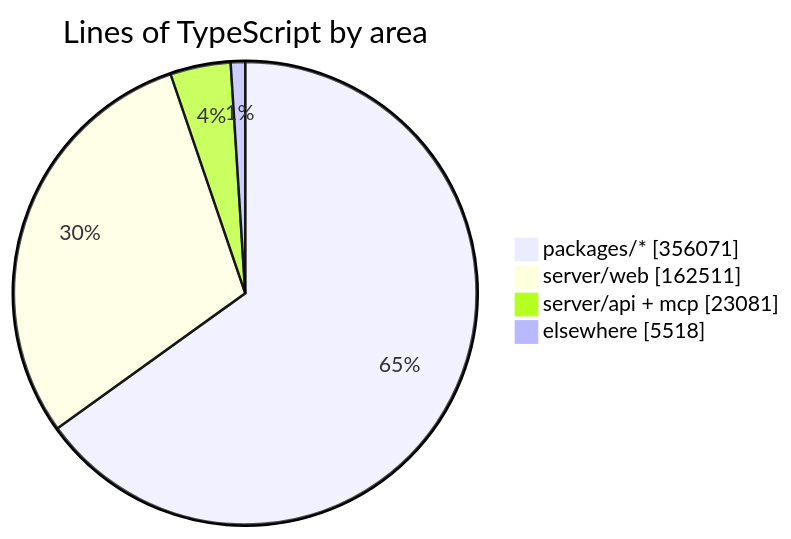
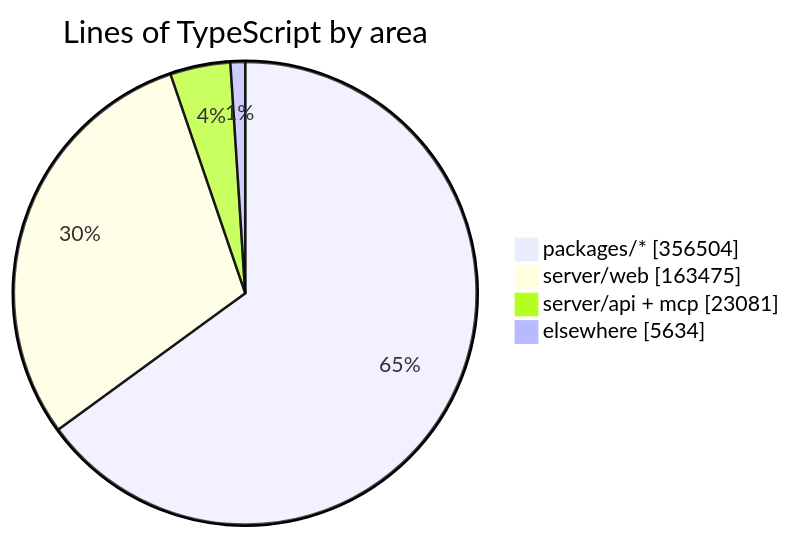
The diagram in README.md (crossworks-engineering/mantle), drawn with Mermaid before and after one commit. The commit also changed other lines of this file and 2 other files, not shown here.

````diff
--- a/README.md
+++ b/README.md
@@ -294,7 +294,7 @@
 ```mermaid
 pie showData title Lines of TypeScript by area
-    "packages/*" : 356071
-    "server/web" : 162511
+    "packages/*" : 356504
+    "server/web" : 163475
     "server/api + mcp" : 23081
-    "elsewhere" : 5518
+    "elsewhere" : 5634
 ```
````
